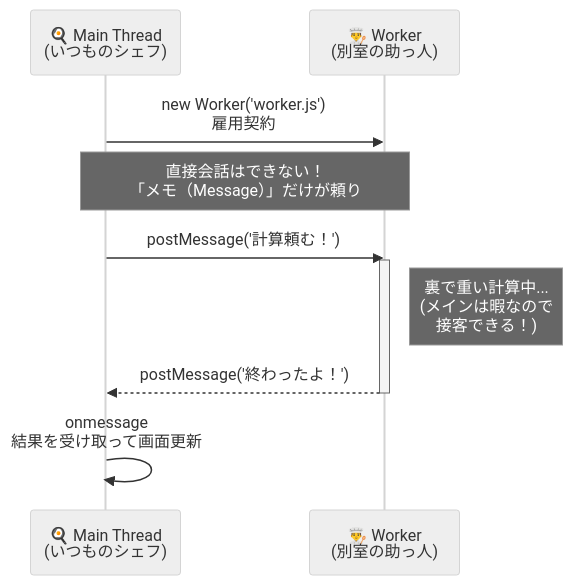
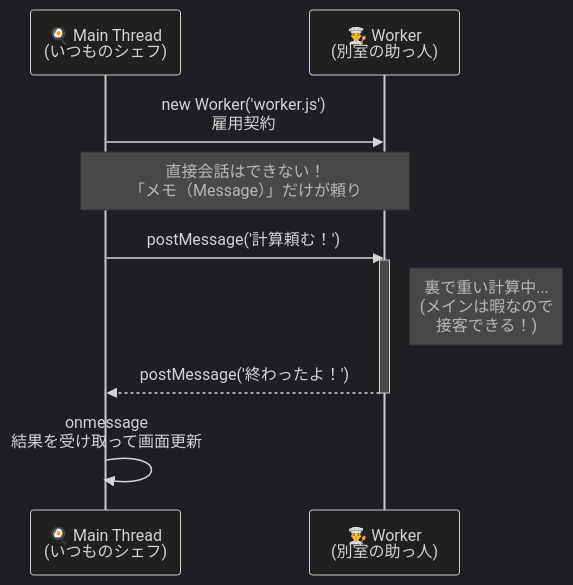
The diagram in D14.md (komiyamma/site_ichika_study_async_await_fetch), drawn with Mermaid before and after one commit. The commit also changed 1 other file, not shown here.

Commit message:
feat(D14, D15): Mermaidダイアグラムのテーマをダークに変更し、D15.mdに空行を追加 - D14.md: Mermaidダイアグラムのテーマを「neutral」から「dark」に変更 - D15.md: Mermaidダイアグラムのテーマを「neutral」から「dark」に変更、ファイルの先頭に空行を追加

````diff
--- a/D14.md
+++ b/D14.md
@@ -41,19 +41,19 @@
 ```mermaid
 sequenceDiagram
-    %%{init: {'theme': 'neutral'} }%%
+    %%{init: {'theme': 'dark'} }%%
     participant Main as 🍳 Main Thread<br>(いつものシェフ)
     participant Worker as 👨‍🍳 Worker<br>(別室の助っ人)
 
     Main->>Worker: new Worker('worker.js')<br>雇用契約
     
     Note over Main, Worker: 直接会話はできない！<br>「メモ（Message）」だけが頼り
     
     Main->>Worker: postMessage('計算頼む！')
     
     activate Worker
     Note right of Worker: 裏で重い計算中...<br>(メインは暇なので<br>接客できる！)
     Worker-->>Main: postMessage('終わったよ！')
     deactivate Worker
     
     Main->>Main: onmessage<br>結果を受け取って画面更新
 ```
````
